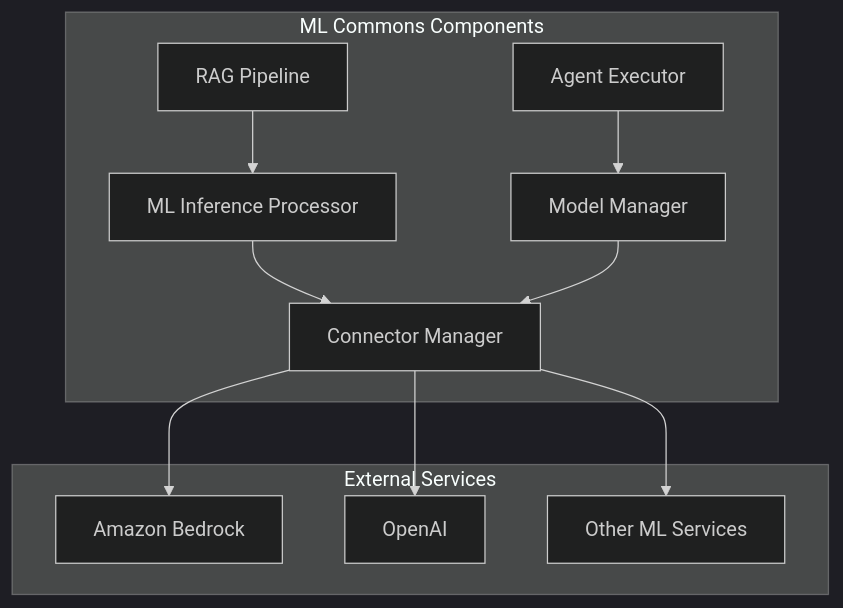
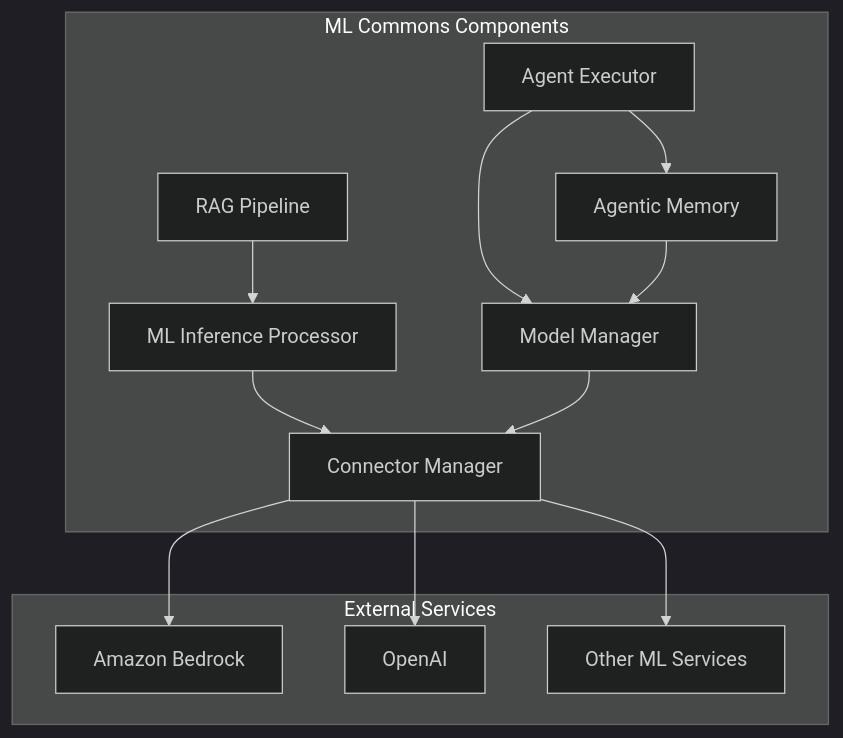
One commit to tkykenmt/opensearch-feature-explorer changed the diagram in docs/features/ml-commons/ml-commons-bugfixes.md. Above: the diagram before and after it, drawn with Mermaid (dark theme). The commit also changed other lines of this file and 2 other files, not shown here.

````diff
--- a/docs/features/ml-commons/ml-commons-bugfixes.md
+++ b/docs/features/ml-commons/ml-commons-bugfixes.md
@@ -11,24 +11,27 @@
 ```mermaid
 graph TB
     subgraph "ML Commons Components"
         RAG[RAG Pipeline]
         INF[ML Inference Processor]
         CONN[Connector Manager]
         MODEL[Model Manager]
         AGENT[Agent Executor]
+        MEM[Agentic Memory]
     end
     
     subgraph "External Services"
         BEDROCK[Amazon Bedrock]
         OPENAI[OpenAI]
         OTHER[Other ML Services]
     end
     
     RAG --> INF
     INF --> CONN
     CONN --> BEDROCK
     CONN --> OPENAI
     CONN --> OTHER
     MODEL --> CONN
     AGENT --> MODEL
+    AGENT --> MEM
+    MEM --> MODEL
 ```
````
